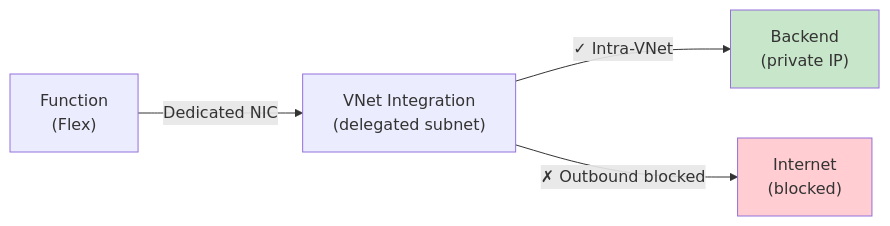
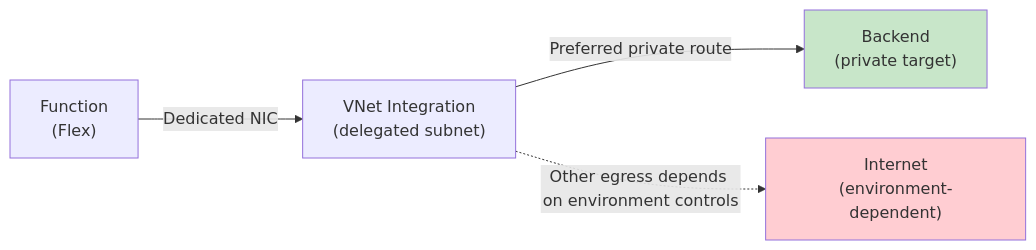
The fifth of 10 diagrams in docs/ARCHITECTURE-DECISIONS.md (ran130987wan/logicapp-func-private-net), drawn with Mermaid before and after one commit. The commit also changed other lines of this file and 6 other files, not shown here.

````diff
--- a/docs/ARCHITECTURE-DECISIONS.md
+++ b/docs/ARCHITECTURE-DECISIONS.md
@@ -219,14 +219,14 @@
 ```mermaid
 graph LR
     Function["Function<br/>(Flex)"]
     VNetInt["VNet Integration<br/>(delegated subnet)"]
-    Backend["Backend<br/>(private IP)"]
-    Internet["Internet<br/>(blocked)"]
+    Backend["Backend<br/>(private target)"]
+    Internet["Internet<br/>(environment-dependent)"]
     
     Function -->|Dedicated NIC| VNetInt
-    VNetInt -->|✓ Intra-VNet| Backend
-    VNetInt -->|✗ Outbound blocked| Internet
+    VNetInt -->|Preferred private route| Backend
+    VNetInt -.->|Other egress depends on environment controls| Internet
     
     style Backend fill:#c8e6c9
     style Internet fill:#ffcdd2
 ```
````
